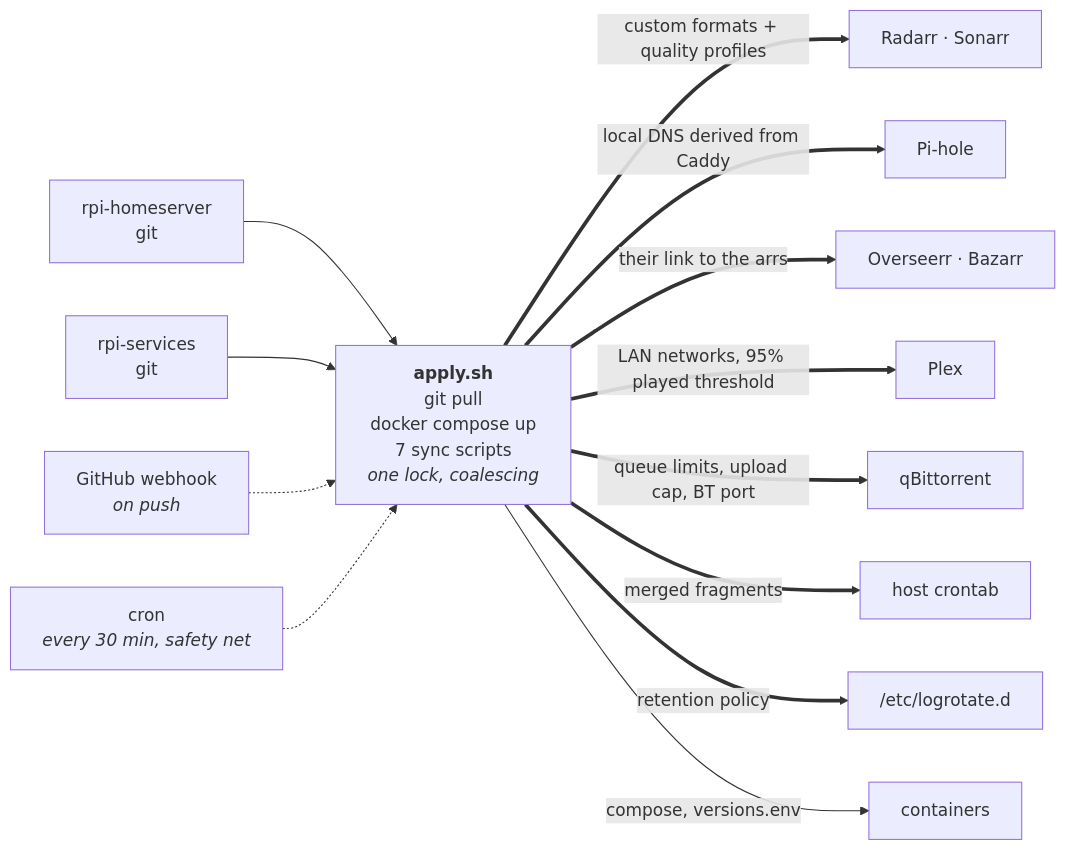
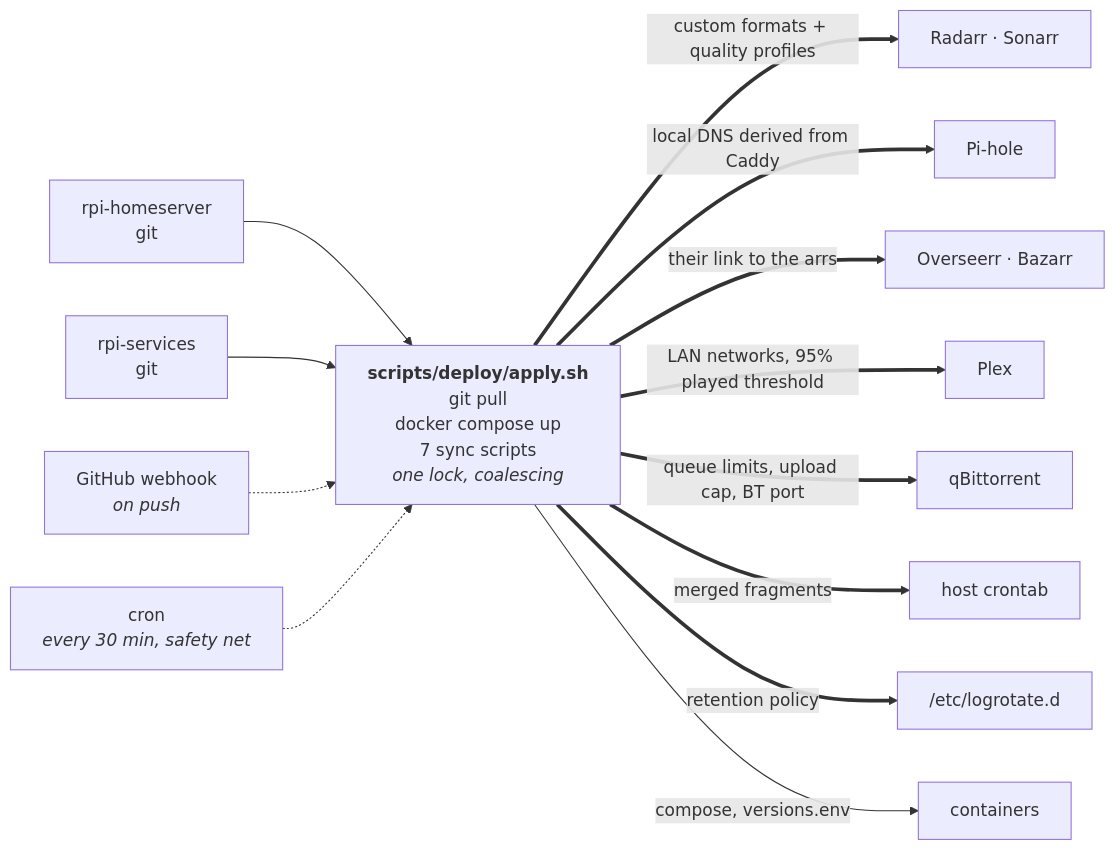
One commit to PlatanosVerdes/rpi-homeserver changed the second of 7 diagrams in docs/architecture.md. Above: the diagram before and after it, drawn with Mermaid. The commit also changed other lines of this file and 48 other files, not shown here.

````diff
--- a/docs/architecture.md
+++ b/docs/architecture.md
@@ -79,18 +79,18 @@
 ```mermaid
 flowchart LR
   GIT1["rpi-homeserver<br/>git"] --> APPLY
   GIT2["rpi-services<br/>git"] --> APPLY
   HOOK["GitHub webhook<br/><i>on push</i>"] -.-> APPLY
   CRON["cron<br/><i>every 30 min, safety net</i>"] -.-> APPLY
 
-  APPLY["<b>apply.sh</b><br/>git pull<br/>docker compose up<br/>7 sync scripts<br/><i>one lock, coalescing</i>"]
+  APPLY["<b>scripts/deploy/apply.sh</b><br/>git pull<br/>docker compose up<br/>7 sync scripts<br/><i>one lock, coalescing</i>"]
 
   APPLY ==>|custom formats + quality profiles| ARR["Radarr · Sonarr"]
   APPLY ==>|local DNS derived from Caddy| PH["Pi-hole"]
   APPLY ==>|their link to the arrs| OV["Overseerr · Bazarr"]
   APPLY ==>|LAN networks, 95% played threshold| PLEX["Plex"]
   APPLY ==>|queue limits, upload cap, BT port| QB["qBittorrent"]
   APPLY ==>|merged fragments| CT["host crontab"]
   APPLY ==>|retention policy| LR["/etc/logrotate.d"]
   APPLY -->|compose, versions.env| DK["containers"]
 ```
````
